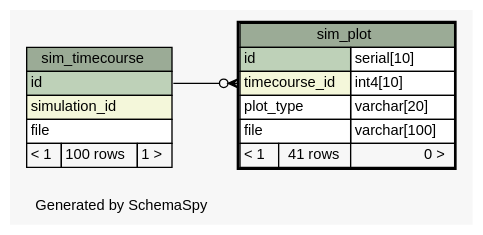
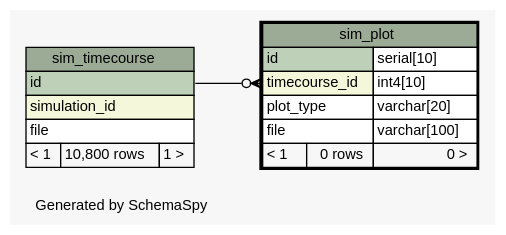
One commit to jingyayeah/multiscale-galactose changed the diagram in database/schema/diagrams/sim_plot.1degree.dot. Above: the diagram before and after it, drawn with Graphviz. The commit also changed 101 other files, not shown here.

Commit message:
Database schema updated

```diff
--- a/database/schema/diagrams/sim_plot.1degree.dot
+++ b/database/schema/diagrams/sim_plot.1degree.dot
@@ -1,48 +1,48 @@
 // dot 2.26.3 on Linux 3.11.0-12-generic
 // SchemaSpy rev 590
 digraph "oneDegreeRelationshipsDiagram" {
   graph [
     rankdir="RL"
     bgcolor="#f7f7f7"
     label="\nGenerated by SchemaSpy"
     labeljust="l"
     nodesep="0.18"
     ranksep="0.46"
     fontname="Helvetica"
     fontsize="11"
   ];
   node [
     fontname="Helvetica"
     fontsize="11"
     shape="plaintext"
   ];
   edge [
     arrowsize="0.8"
   ];
   "sim_plot":"timecourse_id":w -> "sim_timecourse":"id":e [arrowhead=none dir=back arrowtail=crowodot];
   "sim_plot" [
     label=<
     <TABLE BORDER="2" CELLBORDER="1" CELLSPACING="0" BGCOLOR="#ffffff">
       <TR><TD COLSPAN="3" BGCOLOR="#9bab96" ALIGN="CENTER">sim_plot</TD></TR>
       <TR><TD PORT="id" COLSPAN="2" BGCOLOR="#bed1b8" ALIGN="LEFT">id</TD><TD PORT="id.type" ALIGN="LEFT">serial[10]</TD></TR>
       <TR><TD PORT="timecourse_id" COLSPAN="2" BGCOLOR="#f4f7da" ALIGN="LEFT">timecourse_id</TD><TD PORT="timecourse_id.type" ALIGN="LEFT">int4[10]</TD></TR>
       <TR><TD PORT="plot_type" COLSPAN="2" ALIGN="LEFT">plot_type</TD><TD PORT="plot_type.type" ALIGN="LEFT">varchar[20]</TD></TR>
       <TR><TD PORT="file" COLSPAN="2" ALIGN="LEFT">file</TD><TD PORT="file.type" ALIGN="LEFT">varchar[100]</TD></TR>
-      <TR><TD ALIGN="LEFT" BGCOLOR="#f7f7f7">&lt; 1</TD><TD ALIGN="RIGHT" BGCOLOR="#f7f7f7">41 rows</TD><TD ALIGN="RIGHT" BGCOLOR="#f7f7f7">0 &gt;</TD></TR>
+      <TR><TD ALIGN="LEFT" BGCOLOR="#f7f7f7">&lt; 1</TD><TD ALIGN="RIGHT" BGCOLOR="#f7f7f7">0 rows</TD><TD ALIGN="RIGHT" BGCOLOR="#f7f7f7">0 &gt;</TD></TR>
     </TABLE>>
     URL="sim_plot.html"
     tooltip="sim_plot"
   ];
   "sim_timecourse" [
     label=<
     <TABLE BORDER="0" CELLBORDER="1" CELLSPACING="0" BGCOLOR="#ffffff">
       <TR><TD COLSPAN="3" BGCOLOR="#9bab96" ALIGN="CENTER">sim_timecourse</TD></TR>
       <TR><TD PORT="id" COLSPAN="3" BGCOLOR="#bed1b8" ALIGN="LEFT">id</TD></TR>
       <TR><TD PORT="simulation_id" COLSPAN="3" BGCOLOR="#f4f7da" ALIGN="LEFT">simulation_id</TD></TR>
       <TR><TD PORT="file" COLSPAN="3" ALIGN="LEFT">file</TD></TR>
-      <TR><TD ALIGN="LEFT" BGCOLOR="#f7f7f7">&lt; 1</TD><TD ALIGN="RIGHT" BGCOLOR="#f7f7f7">100 rows</TD><TD ALIGN="RIGHT" BGCOLOR="#f7f7f7">1 &gt;</TD></TR>
+      <TR><TD ALIGN="LEFT" BGCOLOR="#f7f7f7">&lt; 1</TD><TD ALIGN="RIGHT" BGCOLOR="#f7f7f7">10,800 rows</TD><TD ALIGN="RIGHT" BGCOLOR="#f7f7f7">1 &gt;</TD></TR>
     </TABLE>>
     URL="sim_timecourse.html"
     tooltip="sim_timecourse"
   ];
 }
```
